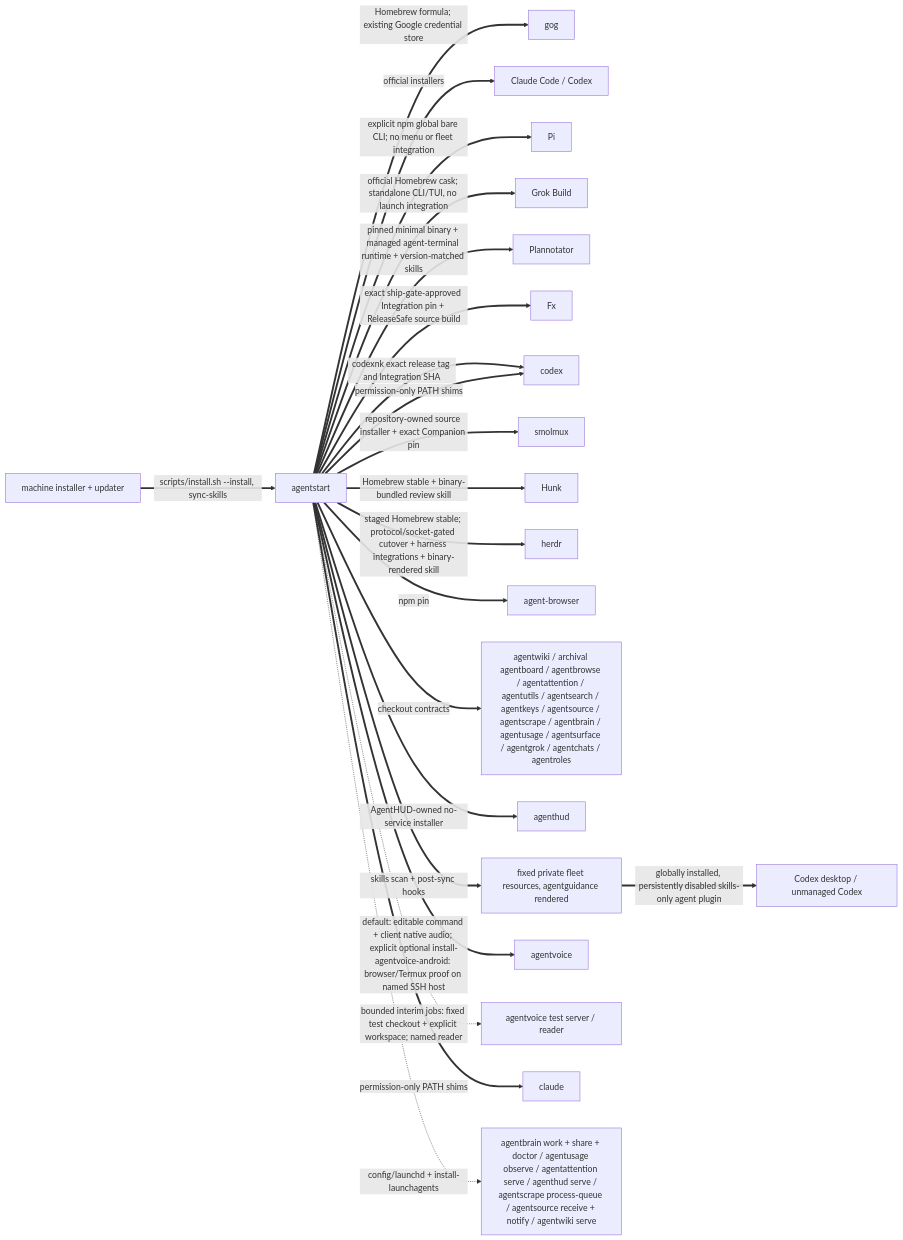
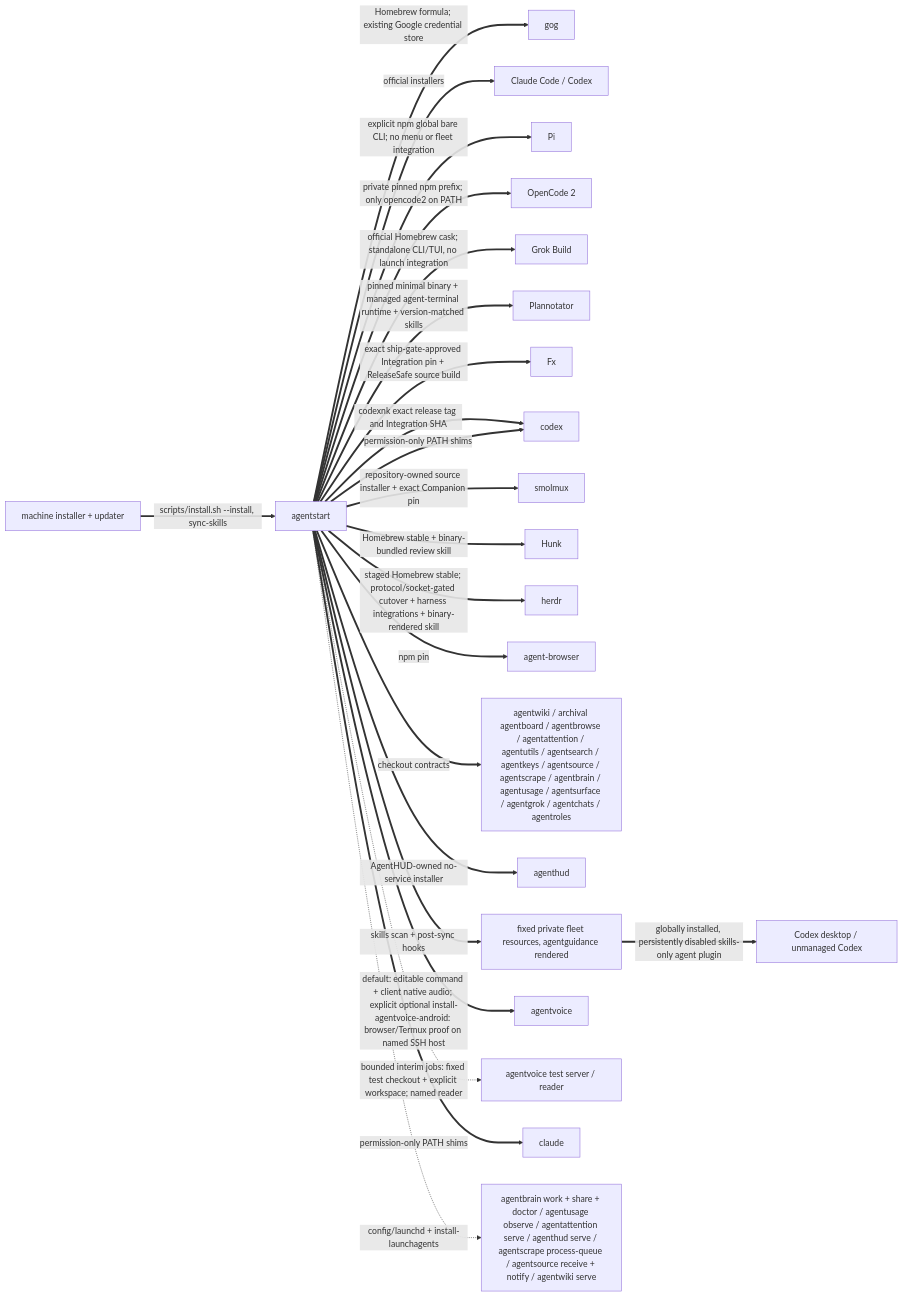
Before and after one commit to possibilities/agentstart: the second of 3 diagrams in skills/fleet/MAP.md, drawn with Mermaid. The commit also changed other lines of this file and 7 other files, not shown here.

Commit message:
Install OpenCode 2 beside V1

````diff
--- a/skills/fleet/MAP.md
+++ b/skills/fleet/MAP.md
@@ -103,26 +103,27 @@
 ```mermaid
 flowchart LR
     machine[machine installer + updater]
     start[agentstart]
 
     machine ==>|scripts/install.sh --install, sync-skills| start
     start ==>|Homebrew formula; existing Google credential store| gog
     start ==>|official installers| harnesses[Claude Code / Codex]
     start ==>|explicit npm global bare CLI; no menu or fleet integration| pi[Pi]
+    start ==>|private pinned npm prefix; only opencode2 on PATH| opencode2[OpenCode 2]
     start ==>|official Homebrew cask; standalone CLI/TUI, no launch integration| grok[Grok Build]
     start ==>|pinned minimal binary + managed agent-terminal runtime + version-matched skills| plannotator[Plannotator]
     start ==>|exact ship-gate-approved Integration pin + ReleaseSafe source build| fx[Fx]
     start ==>|codexnk exact release tag and Integration SHA| codex
     start ==>|repository-owned source installer + exact Companion pin| smolmuxInstall[smolmux]
     start ==>|Homebrew stable + binary-bundled review skill| hunk[Hunk]
     start ==>|staged Homebrew stable; protocol/socket-gated cutover + harness integrations + binary-rendered skill| herdrInstall[herdr]
     start ==>|npm pin| browser[agent-browser]
     start ==>|checkout contracts| fleet[agentwiki / archival agentboard / agentbrowse / agentattention / agentutils / agentsearch / agentkeys / agentsource / agentscrape / agentbrain / agentusage / agentsurface / agentgrok / agentchats / agentroles]
     start ==>|AgentHUD-owned no-service installer| hudInstall[agenthud]
     start ==>|skills scan + post-sync hooks| skills[fixed private fleet resources, agentguidance rendered]
     start ==>|default: editable command + client native audio; explicit optional install-agentvoice-android: browser/Termux proof on named SSH host| voiceInstall[agentvoice]
     start -.->|bounded interim jobs: fixed test checkout + explicit workspace; named reader| voiceTest[agentvoice test server / reader]
     start ==>|permission-only PATH shims| claude & codex
     skills ==>|globally installed, persistently disabled skills-only agent plugin| codexDesktop[Codex desktop / unmanaged Codex]
     start -.->|config/launchd + install-launchagents| services[agentbrain work + share + doctor / agentusage observe / agentattention serve / agenthud serve / agentscrape process-queue / agentsource receive + notify / agentwiki serve]
 ```
````
